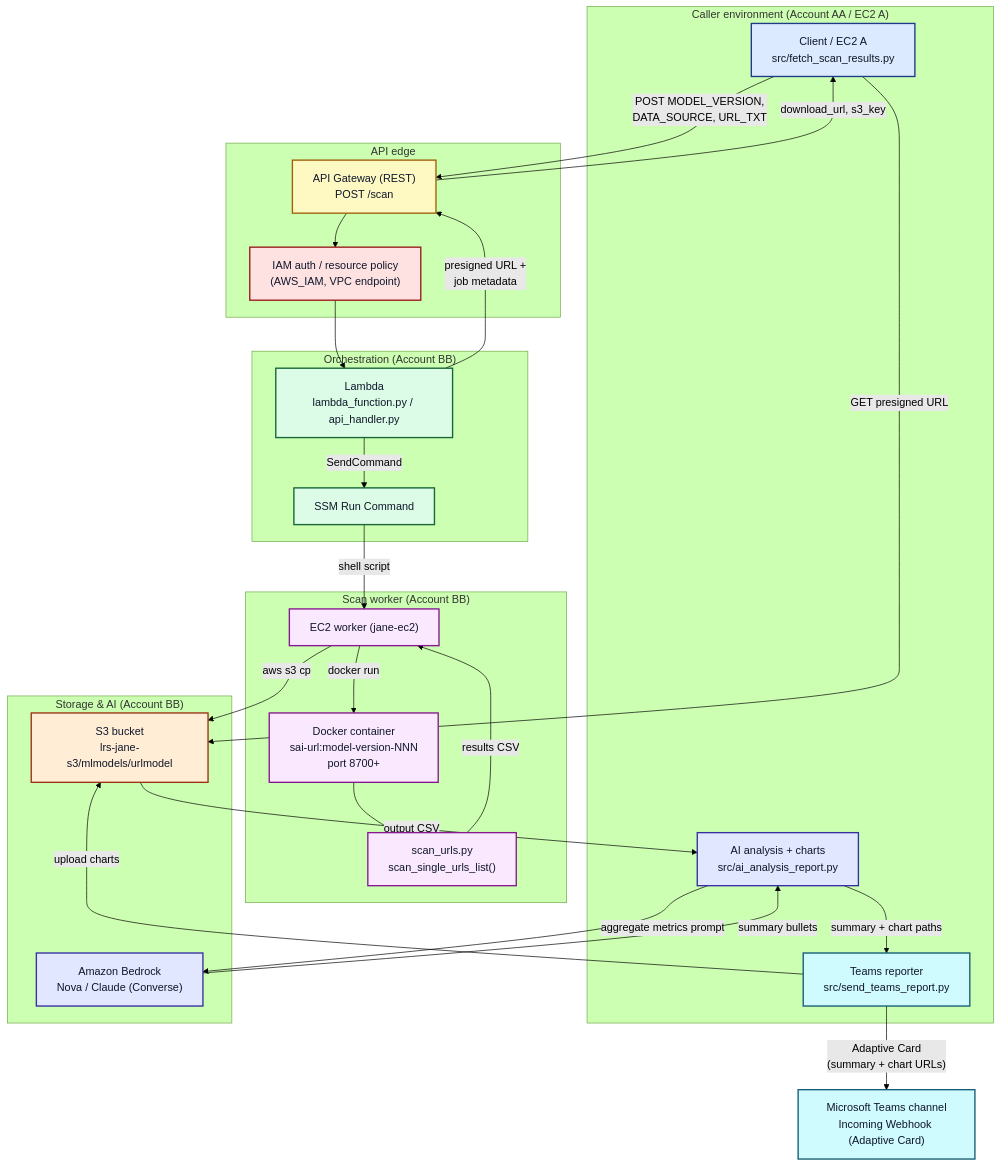
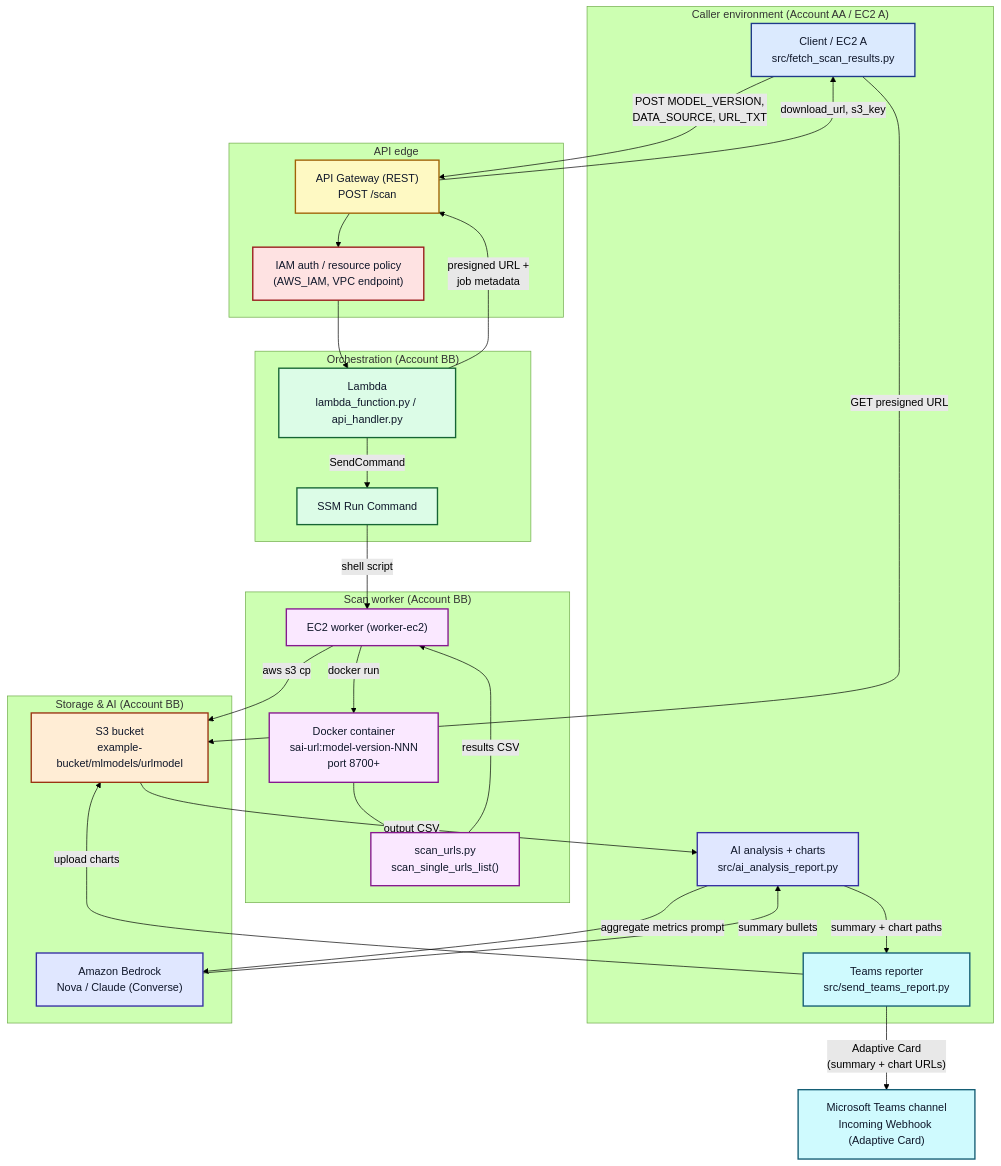
The diagram in docs/architecture-diagram.md (juanchencs/ai-urlmodel-scanning-orchestrator), drawn with Mermaid (forest theme) before and after one commit. The commit also changed 15 other files, not shown here.

````diff
--- a/docs/architecture-diagram.md
+++ b/docs/architecture-diagram.md
@@ -8,60 +8,60 @@
 ```mermaid
 flowchart TB
     classDef client fill:#dbeafe,stroke:#1e3a8a,stroke-width:2px,color:#0f172a;
     classDef api fill:#fef9c3,stroke:#a16207,stroke-width:2px,color:#0f172a;
     classDef compute fill:#dcfce7,stroke:#166534,stroke-width:2px,color:#0f172a;
     classDef worker fill:#fae8ff,stroke:#86198f,stroke-width:2px,color:#0f172a;
     classDef storage fill:#ffedd5,stroke:#9a3412,stroke-width:2px,color:#0f172a;
     classDef ai fill:#e0e7ff,stroke:#3730a3,stroke-width:2px,color:#0f172a;
     classDef report fill:#cffafe,stroke:#155e75,stroke-width:2px,color:#0f172a;
     classDef security fill:#fee2e2,stroke:#991b1b,stroke-width:2px,color:#0f172a;
 
     subgraph CALLER["Caller environment (Account AA / EC2 A)"]
         A1["Client / EC2 A<br/>src/fetch_scan_results.py"]:::client
         A2["AI analysis + charts<br/>src/ai_analysis_report.py"]:::ai
         A3["Teams reporter<br/>src/send_teams_report.py"]:::report
     end
 
     subgraph EDGE["API edge"]
         G1["API Gateway (REST)<br/>POST /scan"]:::api
         SEC["IAM auth / resource policy<br/>(AWS_IAM, VPC endpoint)"]:::security
     end
 
     subgraph ORCH["Orchestration (Account BB)"]
         L1["Lambda<br/>lambda_function.py / api_handler.py"]:::compute
         SSM["SSM Run Command"]:::compute
     end
 
     subgraph WORK["Scan worker (Account BB)"]
-        W1["EC2 worker (jane-ec2)"]:::worker
+        W1["EC2 worker (worker-ec2)"]:::worker
         W2["Docker container<br/>sai-url:model-version-NNN<br/>port 8700+"]:::worker
         W3["scan_urls.py<br/>scan_single_urls_list()"]:::worker
     end
 
     subgraph DATA["Storage & AI (Account BB)"]
-        S3["S3 bucket<br/>lrs-jane-s3/mlmodels/urlmodel"]:::storage
+        S3["S3 bucket<br/>example-bucket/mlmodels/urlmodel"]:::storage
         BR["Amazon Bedrock<br/>Nova / Claude (Converse)"]:::ai
     end
 
     TEAMS["Microsoft Teams channel<br/>Incoming Webhook (Adaptive Card)"]:::report
 
     A1 -->|"POST MODEL_VERSION,<br/>DATA_SOURCE, URL_TXT"| G1
     G1 --> SEC
     SEC --> L1
     L1 -->|"SendCommand"| SSM
     SSM -->|"shell script"| W1
     W1 -->|"docker run"| W2
     W2 --> W3
     W3 -->|"results CSV"| W1
     W1 -->|"aws s3 cp"| S3
     L1 -->|"presigned URL +<br/>job metadata"| G1
     G1 -->|"download_url, s3_key"| A1
 
     A1 -->|"GET presigned URL"| S3
     S3 -->|"output CSV"| A2
     A2 -->|"aggregate metrics prompt"| BR
     BR -->|"summary bullets"| A2
     A2 -->|"summary + chart paths"| A3
     A3 -->|"upload charts"| S3
     A3 -->|"Adaptive Card<br/>(summary + chart URLs)"| TEAMS
 ```
````
